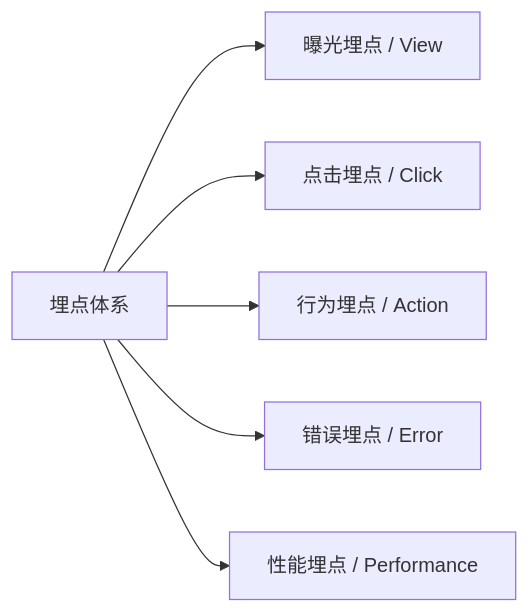
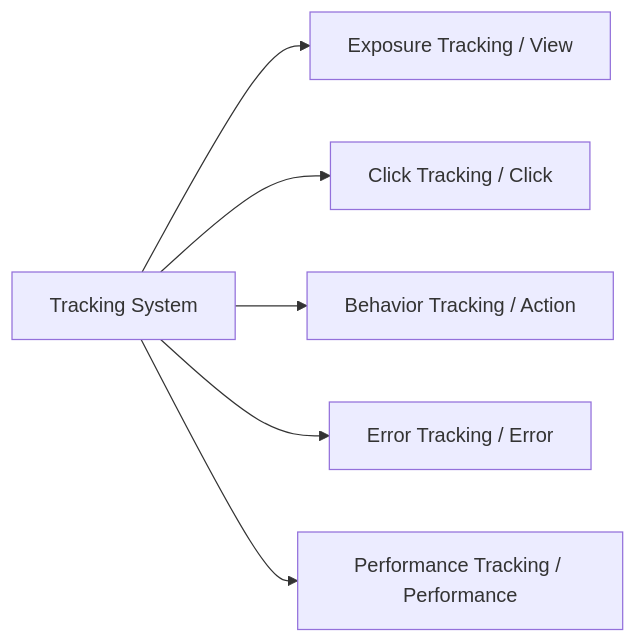
The tenth of 12 diagrams in templates/产品/产品层/【模板】产品需求文档.md (Kirky-X/cangjie), drawn with Mermaid before and after one commit. The commit also changed other lines of this file and 60 other files, not shown here.

````diff
--- a/templates/产品/产品层/【模板】产品需求文档.md
+++ b/templates/产品/产品层/【模板】产品需求文档.md
@@ -537,8 +537,8 @@
 ```mermaid
 graph LR
-    A[埋点体系] --> B[曝光埋点 / View]
-    A --> C[点击埋点 / Click]
-    A --> D[行为埋点 / Action]
-    A --> E[错误埋点 / Error]
-    A --> F[性能埋点 / Performance]
+    A[Tracking System] --> B[Exposure Tracking / View]
+    A --> C[Click Tracking / Click]
+    A --> D[Behavior Tracking / Action]
+    A --> E[Error Tracking / Error]
+    A --> F[Performance Tracking / Performance]
 ```
````
